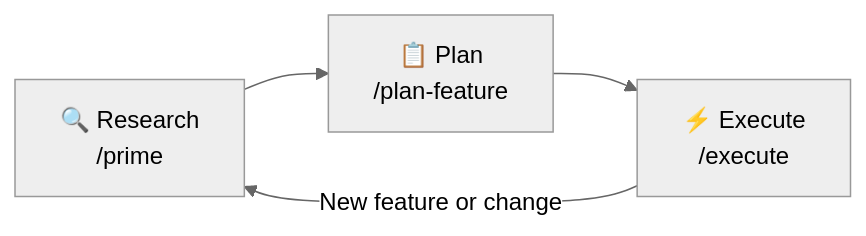
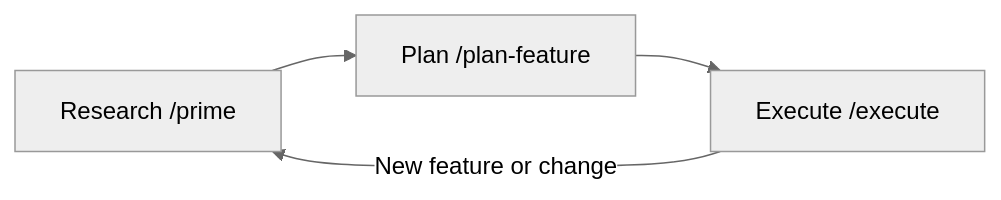
Before and after one commit to danielflorezjllo/research-plan-implement-loop: the diagram in README.md, drawn with Mermaid (neutral theme).

Commit message:
Fix mermaid diagram rendering by removing emojis and escape sequences

````diff
--- a/README.md
+++ b/README.md
@@ -7,6 +7,6 @@
 ```mermaid
 graph LR
-    A["🔍 Research\n/prime"] --> B["📋 Plan\n/plan-feature"]
-    B --> C["⚡ Execute\n/execute"]
-    C -->|"New feature or change"| A
+    A[Research /prime] --> B[Plan /plan-feature]
+    B --> C[Execute /execute]
+    C -->|New feature or change| A
 ```
````
